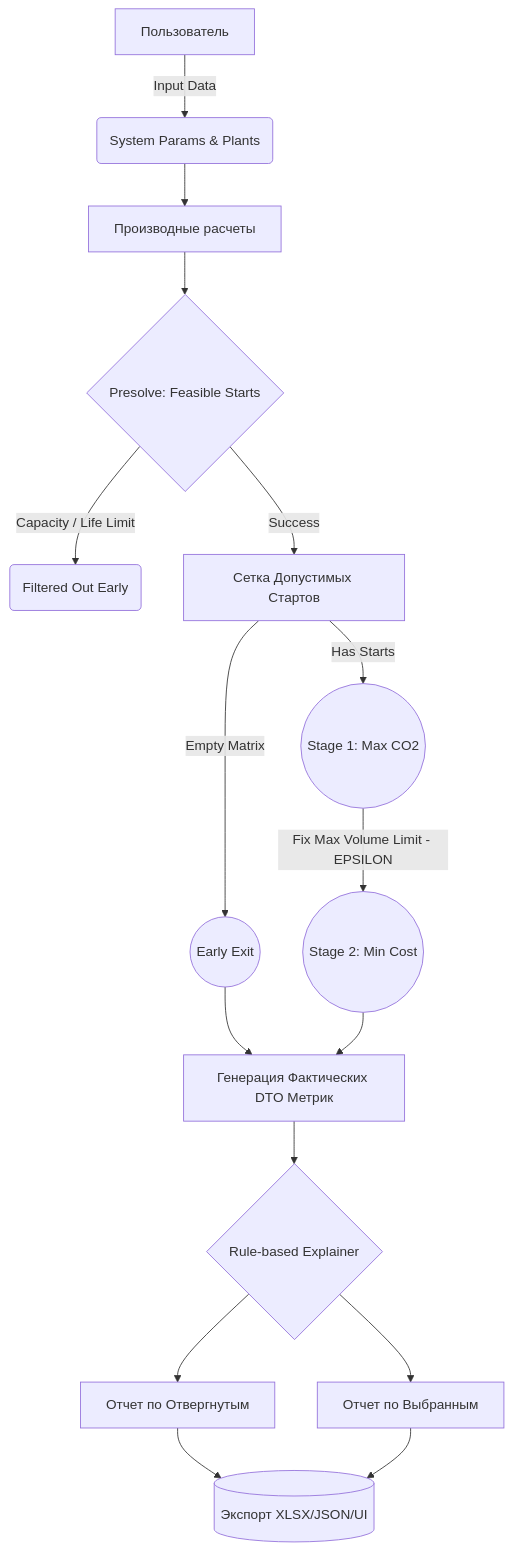
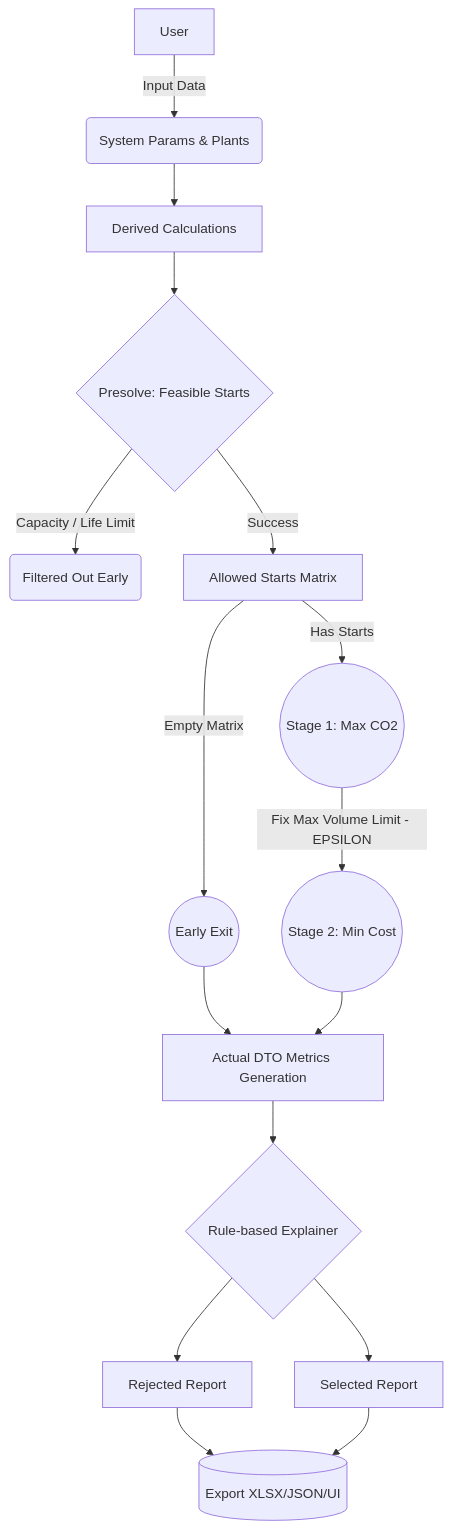
The diagram in OPTIMIZATION_LOGIC.md (MirevVRM/CCS_Hub), drawn with Mermaid before and after one commit. The commit also changed other lines of this file and 2 other files, not shown here.

````diff
--- a/OPTIMIZATION_LOGIC.md
+++ b/OPTIMIZATION_LOGIC.md
@@ -141,18 +141,18 @@
 ```mermaid
 flowchart TD
-    A[Пользователь] -->|Input Data| B(System Params & Plants)
-    B --> C[Производные расчеты]
+    A[User] -->|Input Data| B(System Params & Plants)
+    B --> C[Derived Calculations]
     C --> D{Presolve: Feasible Starts}
     D -->|Capacity / Life Limit| E(Filtered Out Early)
-    D -->|Success| F[Сетка Допустимых Стартов]
+    D -->|Success| F[Allowed Starts Matrix]
     F -->|Empty Matrix| X((Early Exit))
     F -->|Has Starts| G((Stage 1: Max CO2))
     X --> I
     G -->|Fix Max Volume Limit - EPSILON| H((Stage 2: Min Cost))
-    H --> I[Генерация Фактических DTO Метрик]
+    H --> I[Actual DTO Metrics Generation]
     I --> J{Rule-based Explainer}
-    J --> K[Отчет по Отвергнутым]
-    J --> L[Отчет по Выбранным]
-    K --> M[(Экспорт XLSX/JSON/UI)]
-    L --> M[(Экспорт XLSX/JSON/UI)]
+    J --> K[Rejected Report]
+    J --> L[Selected Report]
+    K --> M[(Export XLSX/JSON/UI)]
+    L --> M[(Export XLSX/JSON/UI)]
 ```
````
